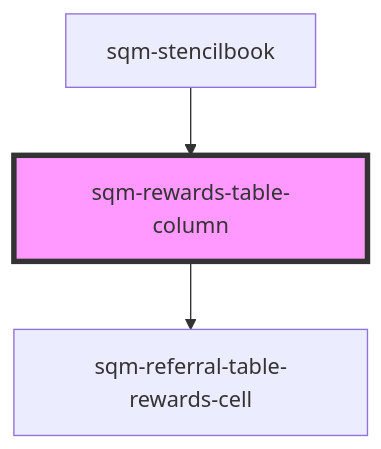
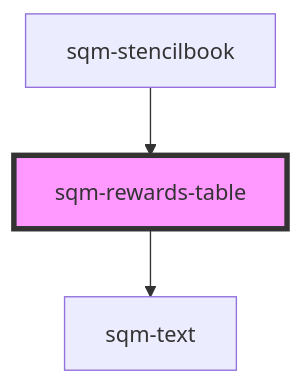
The diagram in packages/mint-components/src/components/sqm-rewards-table/readme.md (saasquatch/program-tools), drawn with Mermaid before and after one commit. The commit also changed other lines of this file and 7 other files, not shown here.

````diff
--- a/packages/mint-components/src/components/sqm-rewards-table/readme.md
+++ b/packages/mint-components/src/components/sqm-rewards-table/readme.md
@@ -50,6 +32,6 @@
 ```mermaid
 graph TD;
-  sqm-rewards-table-column --> sqm-referral-table-rewards-cell
-  sqm-stencilbook --> sqm-rewards-table-column
-  style sqm-rewards-table-column fill:#f9f,stroke:#333,stroke-width:4px
+  sqm-rewards-table --> sqm-text
+  sqm-stencilbook --> sqm-rewards-table
+  style sqm-rewards-table fill:#f9f,stroke:#333,stroke-width:4px
 ```
````
